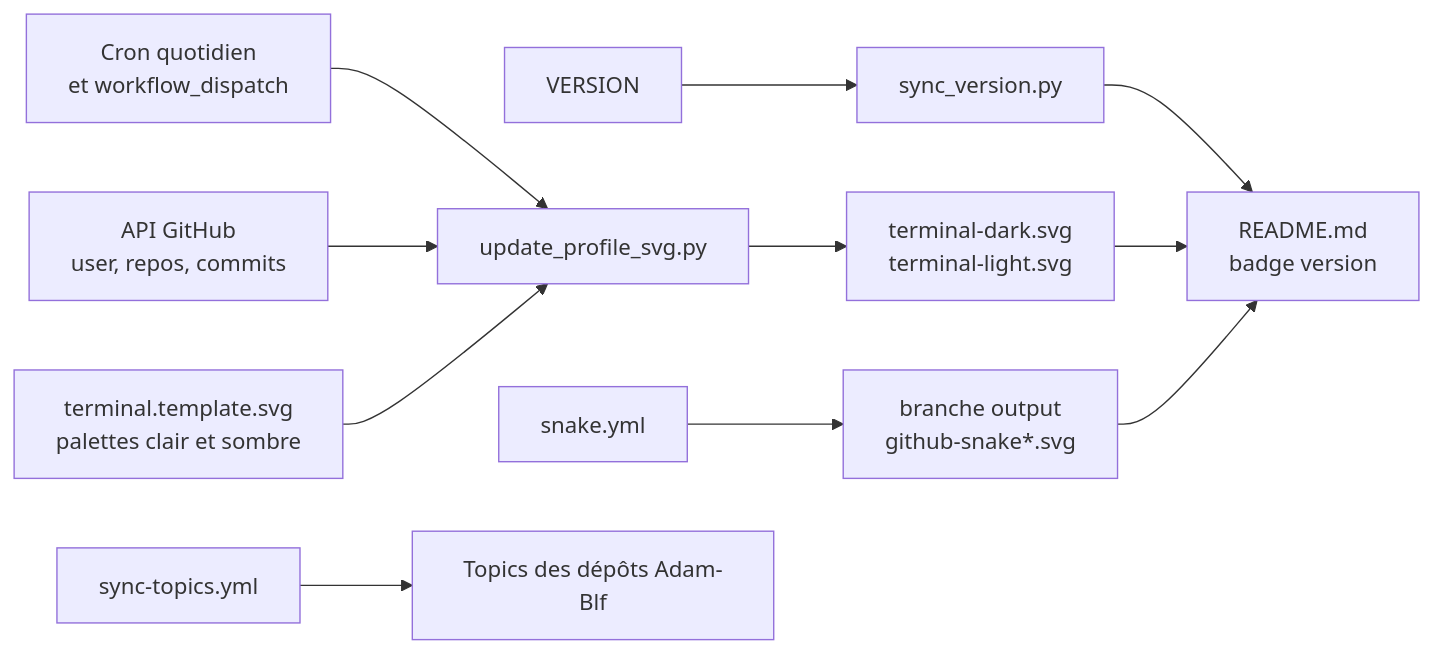
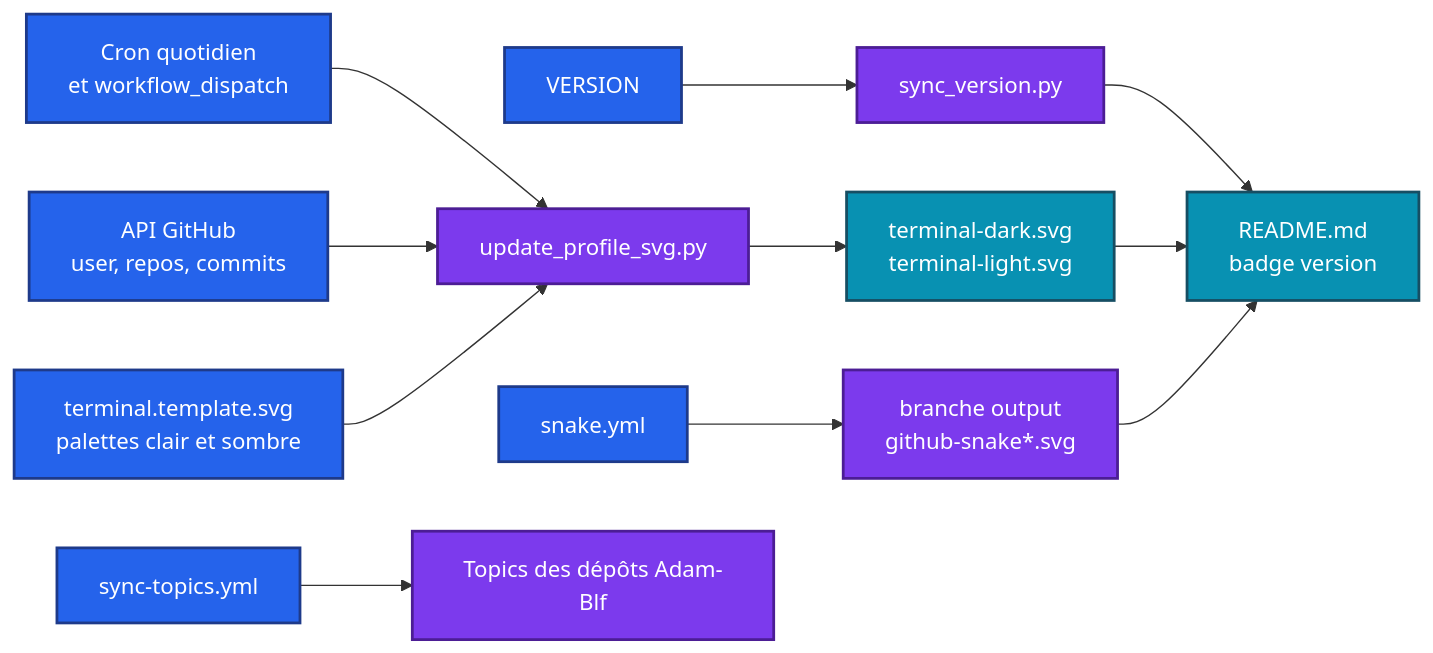
Before and after one commit to Adam-Blf/Adam-Blf: the diagram in README.md, drawn with Mermaid.

Commit message:
docs: add colors to mermaid diagrams (#10)
Each node gets a palette class (by subgraph or by flow depth), subgraphs are tinted, non-flowchart diagrams use a colored base theme. Validated by rendering every diagram before and after.

````diff
--- a/README.md
+++ b/README.md
@@ -112,13 +112,20 @@
 ```mermaid
 flowchart LR
   cron["Cron quotidien<br/>et workflow_dispatch"] --> svg["update_profile_svg.py"]
   api["API GitHub<br/>user, repos, commits"] --> svg
   tpl["terminal.template.svg<br/>palettes clair et sombre"] --> svg
   svg --> out["terminal-dark.svg<br/>terminal-light.svg"]
   ver["VERSION"] --> sync["sync_version.py"]
   sync --> readme["README.md<br/>badge version"]
   snake["snake.yml"] --> branch["branche output<br/>github-snake*.svg"]
   topics["sync-topics.yml"] --> repos["Topics des dépôts Adam-Blf"]
   out --> readme
   branch --> readme
+
+  classDef c0 fill:#2563eb,stroke:#1e3a8a,stroke-width:2px,color:#ffffff
+  classDef c1 fill:#7c3aed,stroke:#4c1d95,stroke-width:2px,color:#ffffff
+  classDef c2 fill:#0891b2,stroke:#164e63,stroke-width:2px,color:#ffffff
+  class cron,api,tpl,ver,snake,topics c0
+  class svg,sync,branch,repos c1
+  class out,readme c2
 ```
````
